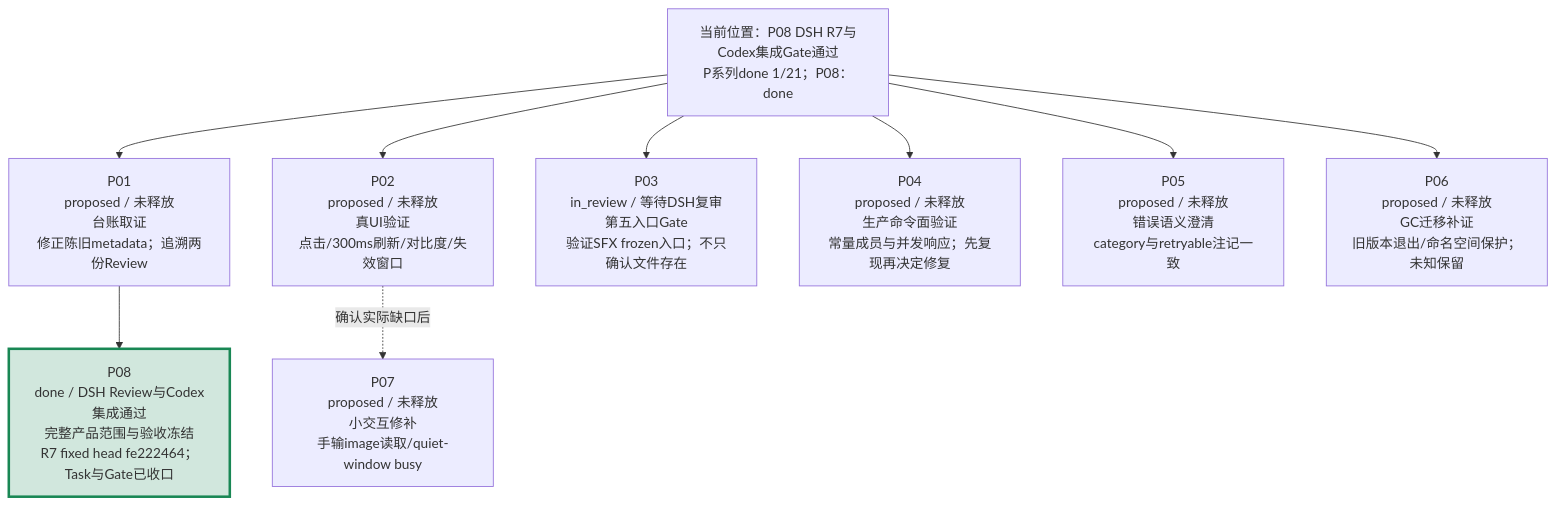
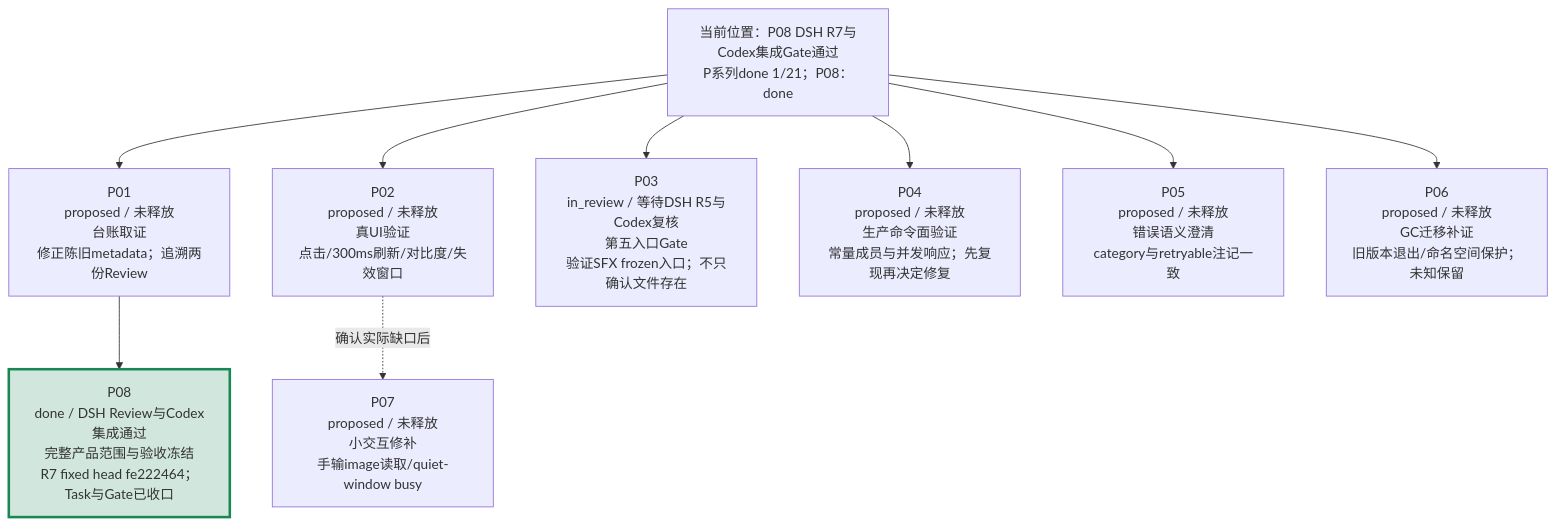
Before and after one commit to peakwheat-pixel/New-Manga: the second of 4 diagrams in verification/PROJECT-ROADMAP-20261008/ROADMAP.md, drawn with Mermaid. The commit also changed other lines of this file and 21 other files, not shown here.

````diff
--- a/verification/PROJECT-ROADMAP-20261008/ROADMAP.md
+++ b/verification/PROJECT-ROADMAP-20261008/ROADMAP.md
@@ -30,12 +30,12 @@
 ```mermaid
 flowchart TB
   BASE["当前位置：P08 DSH R7与Codex集成Gate通过<br/>P系列done 1/21；P08：done"] --> P01["P01<br/>proposed / 未释放<br/>台账取证<br/>修正陈旧metadata；追溯两份Review"]
   BASE --> P02["P02<br/>proposed / 未释放<br/>真UI验证<br/>点击/300ms刷新/对比度/失效窗口"]
-  BASE --> P03["P03<br/>in_review / 等待DSH复审<br/>第五入口Gate<br/>验证SFX frozen入口；不只确认文件存在"]
+  BASE --> P03["P03<br/>in_review / 等待DSH R5与Codex复核<br/>第五入口Gate<br/>验证SFX frozen入口；不只确认文件存在"]
   BASE --> P04["P04<br/>proposed / 未释放<br/>生产命令面验证<br/>常量成员与并发响应；先复现再决定修复"]
   BASE --> P05["P05<br/>proposed / 未释放<br/>错误语义澄清<br/>category与retryable注记一致"]
   BASE --> P06["P06<br/>proposed / 未释放<br/>GC迁移补证<br/>旧版本退出/命名空间保护；未知保留"]
   P02 -. "确认实际缺口后" .-> P07["P07<br/>proposed / 未释放<br/>小交互修补<br/>手输image读取/quiet-window busy"]
   P01 --> P08["P08<br/>done / DSH Review与Codex集成通过<br/>完整产品范围与验收冻结<br/>R7 fixed head fe222464；Task与Gate已收口"]
   style P08 fill:#d1e7dd,stroke:#198754,stroke-width:3px
 ```
````
